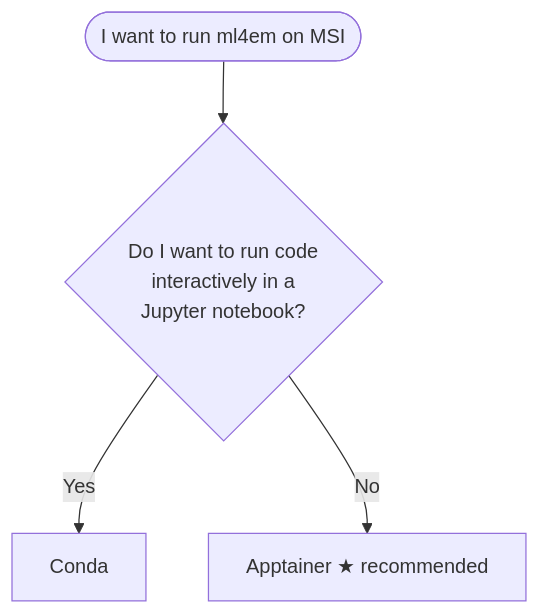
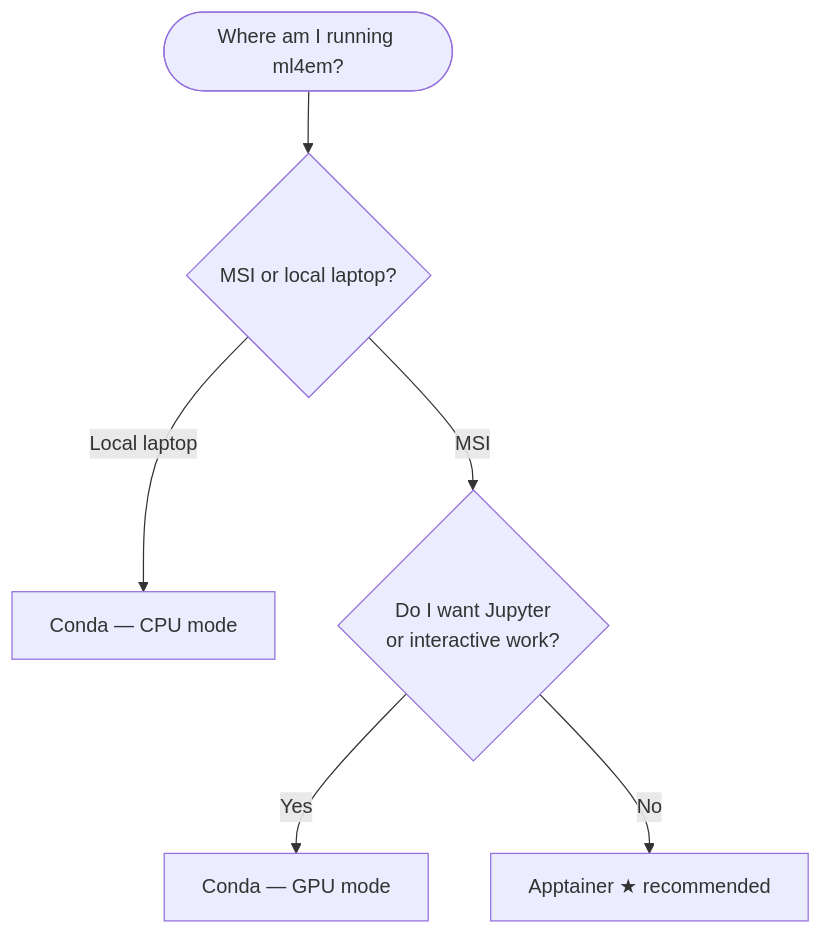
One commit to ManiacUrgency42/ml4em changed the diagram in docs/deployment.md. Above: the diagram before and after it, drawn with Mermaid. The commit also changed other lines of this file, not shown here.

First line of the commit message:
docs: add MSI/local context and periodfind setup-time note to deployment page

````diff
--- a/docs/deployment.md
+++ b/docs/deployment.md
@@ -33,6 +39,8 @@
 ```mermaid
 flowchart TD
-    A([I want to run ml4em on MSI]) --> B{Do I want to run code\ninteractively in a\nJupyter notebook?}
-    B -- Yes --> C[Conda]
-    B -- No --> D[Apptainer ★ recommended]
+    A([Where am I running ml4em?]) --> B{MSI or local laptop?}
+    B -- Local laptop --> C[Conda — CPU mode]
+    B -- MSI --> D{Do I want Jupyter\nor interactive work?}
+    D -- Yes --> E[Conda — GPU mode]
+    D -- No --> F[Apptainer ★ recommended]
 ```
````
